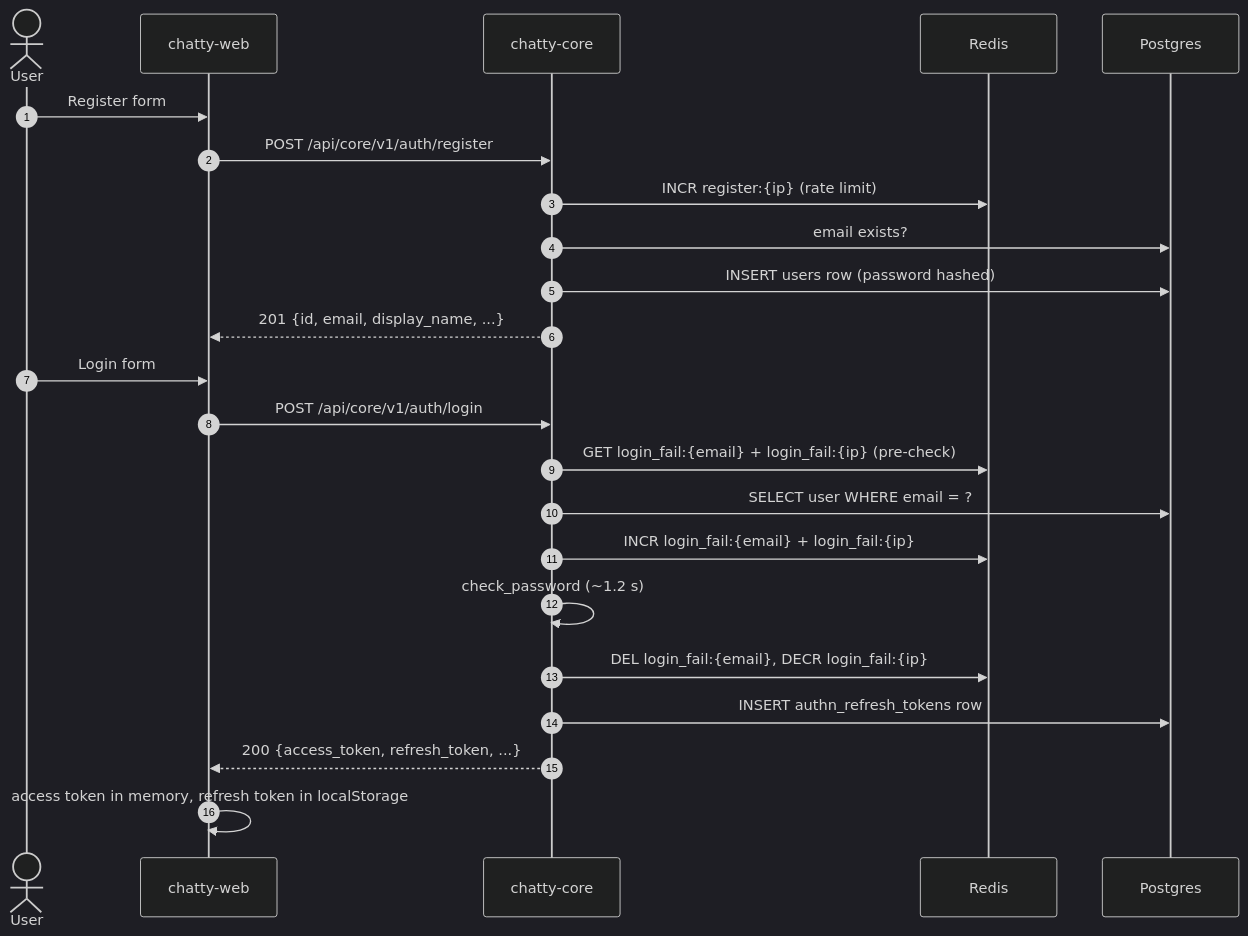
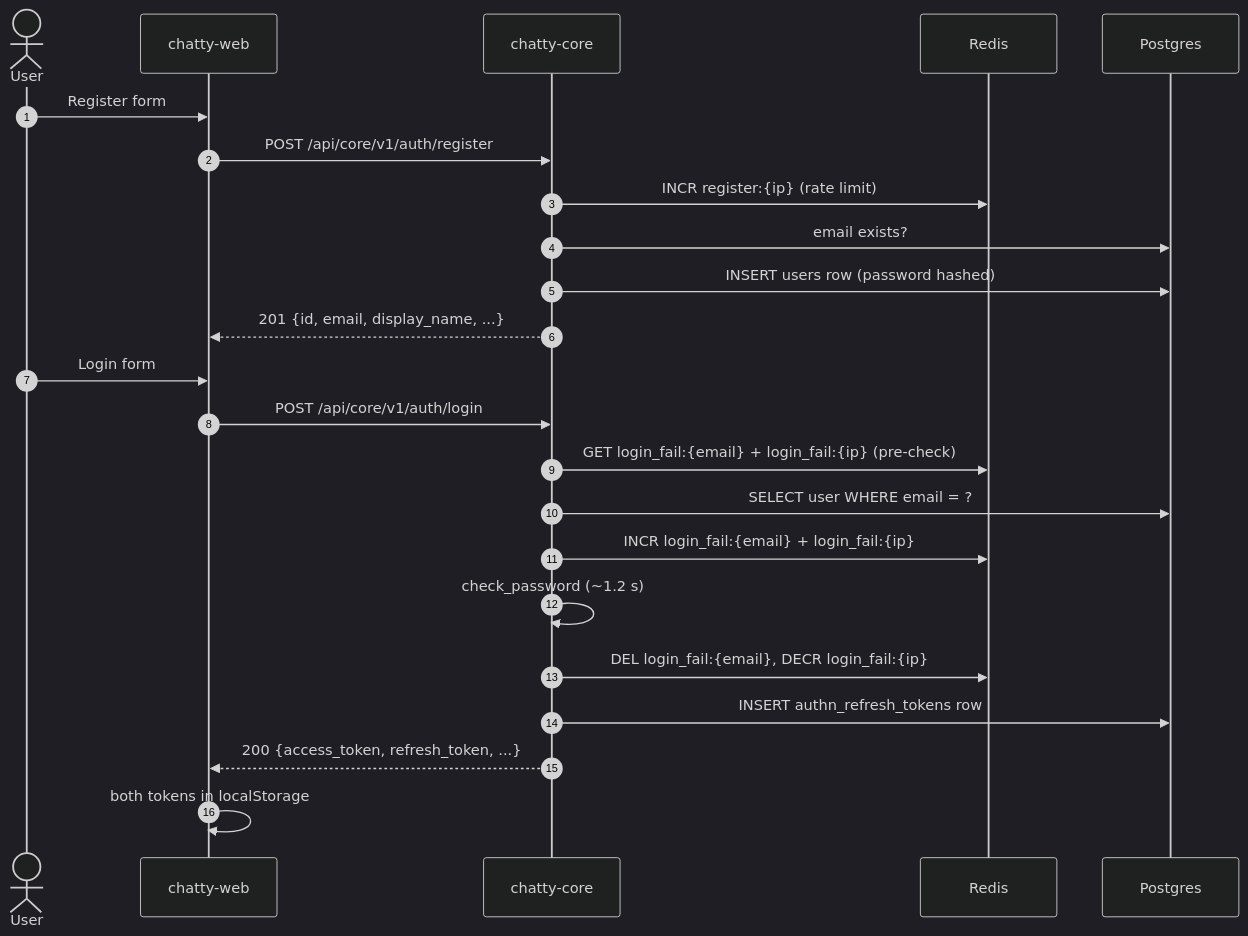
The diagram in architecture/flows/register-and-login.md (Chatty4/chatty-docs), drawn with Mermaid (dark theme) before and after one commit. The commit also changed 1 other file, not shown here.

Commit message:
CHAT-273: say both tokens are in localStorage and how tabs share them

````diff
--- a/architecture/flows/register-and-login.md
+++ b/architecture/flows/register-and-login.md
@@ -9,27 +9,27 @@
 ```mermaid
 sequenceDiagram
     autonumber
     actor U as User
     participant W as chatty-web
     participant C as chatty-core
     participant R as Redis
     participant DB as Postgres
 
     U->>W: Register form
     W->>C: POST /api/core/v1/auth/register
     C->>R: INCR register:{ip} (rate limit)
     C->>DB: email exists?
     C->>DB: INSERT users row (password hashed)
     C-->>W: 201 {id, email, display_name, ...}
 
     U->>W: Login form
     W->>C: POST /api/core/v1/auth/login
     C->>R: GET login_fail:{email} + login_fail:{ip} (pre-check)
     C->>DB: SELECT user WHERE email = ?
     C->>R: INCR login_fail:{email} + login_fail:{ip}
     C->>C: check_password (~1.2 s)
     C->>R: DEL login_fail:{email}, DECR login_fail:{ip}
     C->>DB: INSERT authn_refresh_tokens row
     C-->>W: 200 {access_token, refresh_token, ...}
-    W->>W: access token in memory, refresh token in localStorage
+    W->>W: both tokens in localStorage
 ```
````
